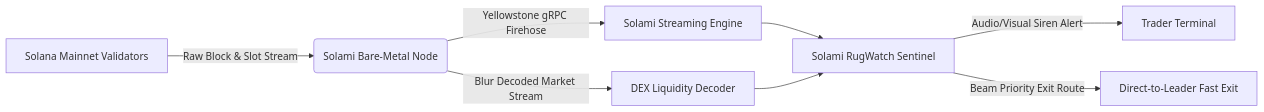
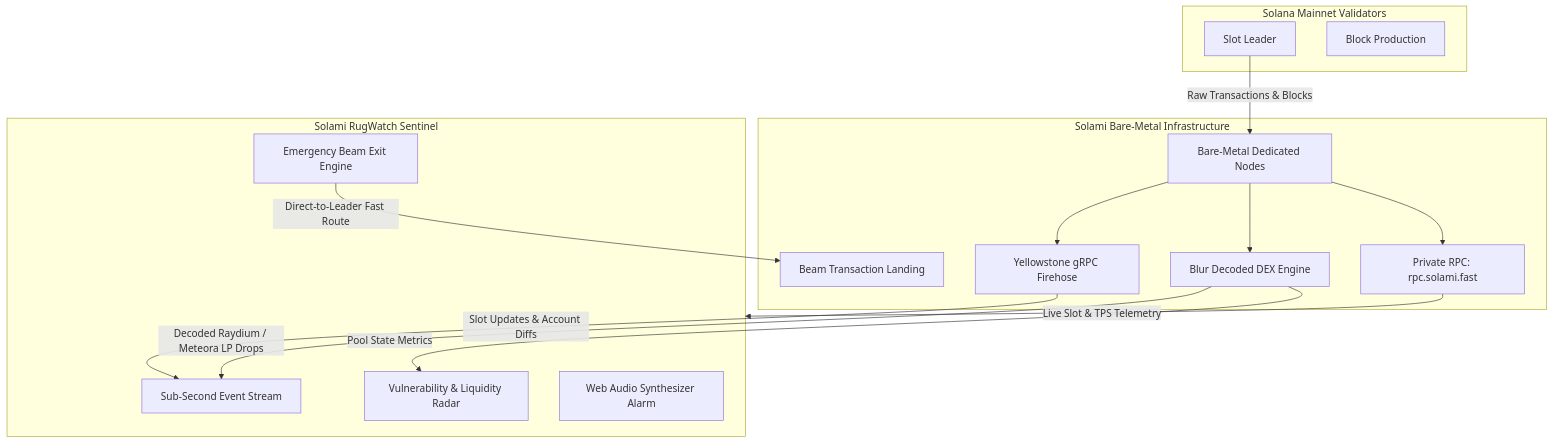
Before and after one commit to cllaiagent/solami-rugwatch: the diagram in README.md, drawn with Mermaid. The commit also changed other lines of this file and 1 other file, not shown here.

Commit message:
docs: finalize production README and hackathon pitch submission guide

````diff
--- a/README.md
+++ b/README.md
@@ -39,10 +63,33 @@
 ```mermaid
-flowchart LR
-    A[Solana Mainnet Validators] -->|Raw Block & Slot Stream| B(Solami Bare-Metal Node)
-    B -->|Yellowstone gRPC Firehose| C[Solami Streaming Engine]
-    B -->|Blur Decoded Market Stream| D[DEX Liquidity Decoder]
-    C --> E[Solami RugWatch Sentinel]
-    D --> E
-    E -->|Audio/Visual Siren Alert| F[Trader Terminal]
-    E -->|Beam Priority Exit Route| G[Direct-to-Leader Fast Exit]
+flowchart TD
+    subgraph SolanaMainnet["Solana Mainnet Validators"]
+        V1[Slot Leader]
+        V2[Block Production]
+    end
+
+    subgraph SolamiInfra["Solami Bare-Metal Infrastructure"]
+        BM[Bare-Metal Dedicated Nodes]
+        YG[Yellowstone gRPC Firehose]
+        BL[Blur Decoded DEX Engine]
+        BM_RPC[Private RPC: rpc.solami.fast]
+        BEAM[Beam Transaction Landing]
+    end
+
+    subgraph RugWatchApp["Solami RugWatch Sentinel"]
+        Stream[Sub-Second Event Stream]
+        Radar[Vulnerability & Liquidity Radar]
+        Audio[Web Audio Synthesizer Alarm]
+        Exit[Emergency Beam Exit Engine]
+    end
+
+    V1 -->|Raw Transactions & Blocks| BM
+    BM --> YG
+    BM --> BL
+    BM --> BM_RPC
+
+    YG -->|Slot Updates & Account Diffs| Stream
+    BL -->|Decoded Raydium / Meteora LP Drops| Stream
+    BL -->|Pool State Metrics| Radar
+    BM_RPC -->|Live Slot & TPS Telemetry| RugWatchApp
+    Exit -->|Direct-to-Leader Fast Route| BEAM
 ```
````
